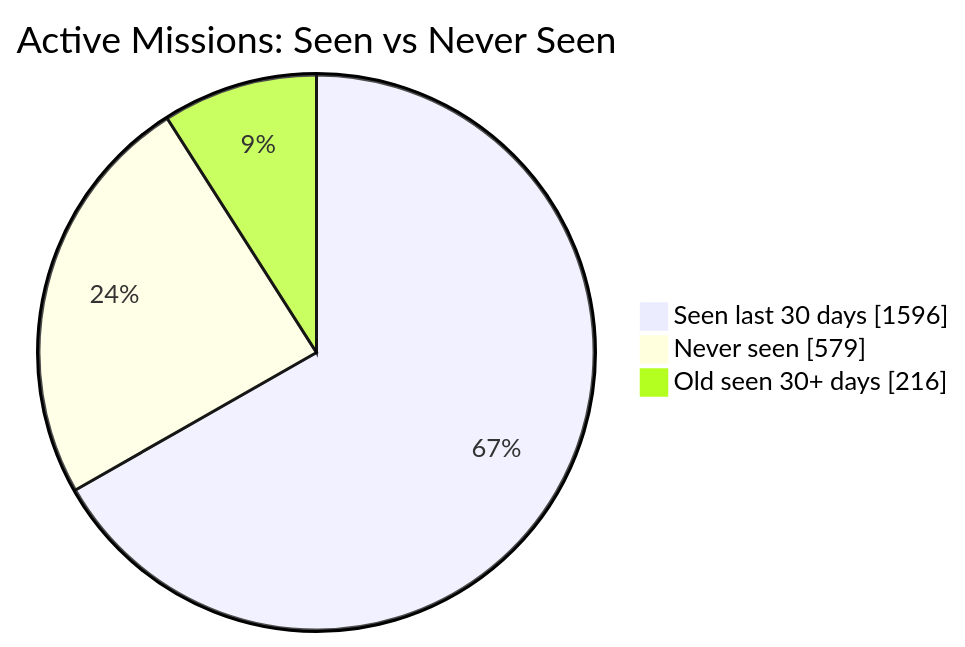
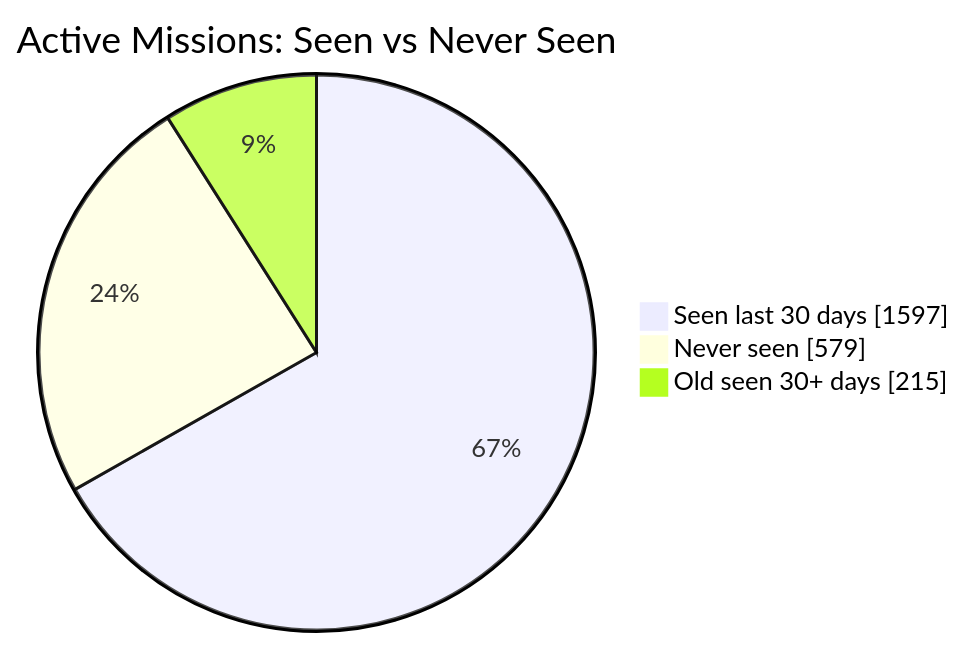
Before and after one commit to MeldkamerspelGameTeam/active-missions: the first of 2 diagrams in README.md, drawn with Mermaid. The commit also changed other lines of this file and 2 other files, not shown here.

````diff
--- a/README.md
+++ b/README.md
@@ -34,7 +34,7 @@
 ```mermaid
 pie showData
     title Active Missions: Seen vs Never Seen
-    "Seen last 30 days" : 1596
+    "Seen last 30 days" : 1597
     "Never seen" : 579
-    "Old seen 30+ days" : 216
+    "Old seen 30+ days" : 215
 ```
````
